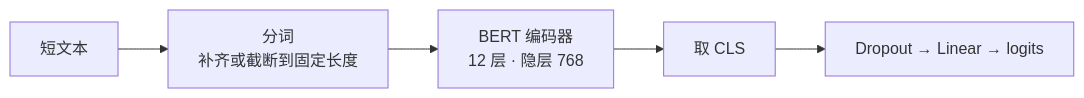
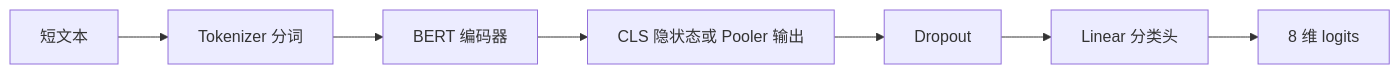
The second of 3 diagrams in 笔记/LLM训练/BERT微调.md (lalalala-agent/lalalala-agent.github.io), drawn with Mermaid before and after one commit. The commit also changed other lines of this file and 213 other files, not shown here.

````diff
--- a/笔记/LLM训练/BERT微调.md
+++ b/笔记/LLM训练/BERT微调.md
@@ -55,7 +113,9 @@
 ```mermaid
 flowchart LR
-    T["短文本"] --> K["分词<br/>补齐或截断到固定长度"]
-    K --> Enc["BERT 编码器<br/>12 层 · 隐层 768"]
-    Enc --> Cls["取 CLS"]
-    Cls --> Head["Dropout → Linear → logits"]
+    T["短文本"] --> K["Tokenizer 分词"]
+    K --> Enc["BERT 编码器"]
+    Enc --> CLS["CLS 隐状态或 Pooler 输出"]
+    CLS --> Drop["Dropout"]
+    Drop --> Head["Linear 分类头"]
+    Head --> Logits["8 维 logits"]
 ```
````
